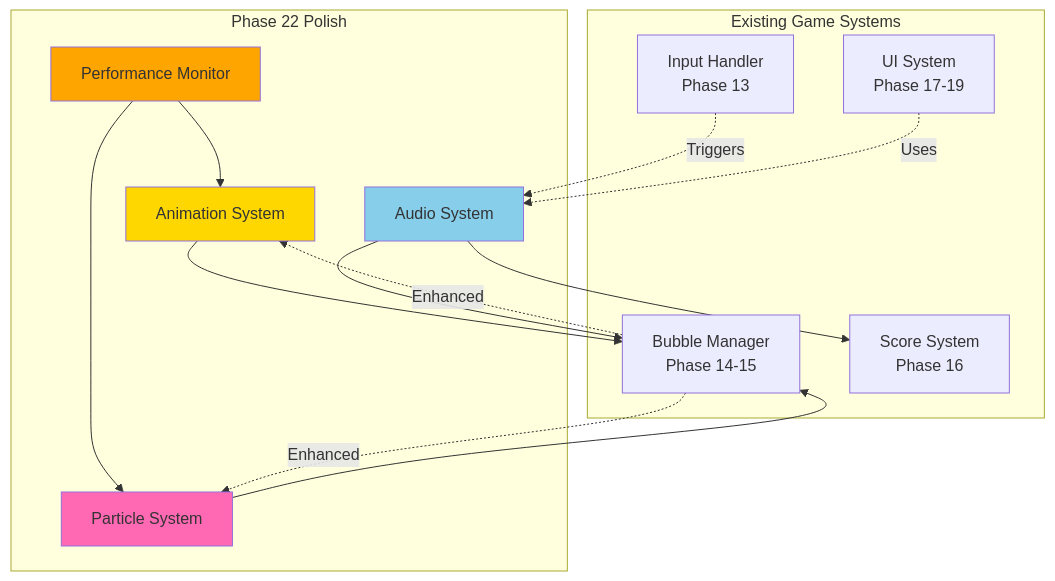
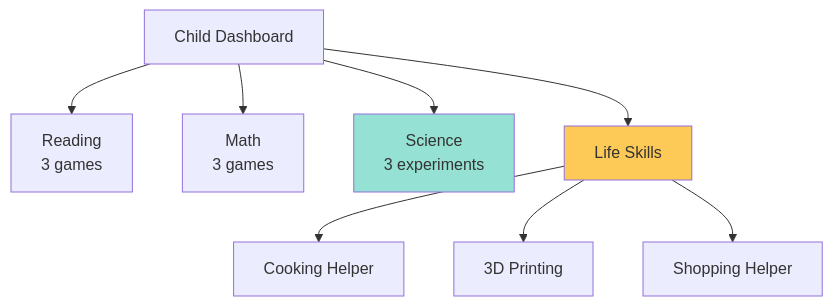
Before and after one commit to corey-rosamond/ADHDLearn.com: the third of 13 diagrams in .ai/phases/phase-22/UML.md, drawn with Mermaid. The commit also changed other lines of this file and 218 other files, not shown here.

````diff
--- a/.ai/phases/phase-22/UML.md
+++ b/.ai/phases/phase-22/UML.md
@@ -391,33 +44,14 @@
 ```mermaid
 graph TB
-    subgraph Phase 22 Polish
-        AnimSys[Animation System]
-        PartSys[Particle System]
-        AudioSys[Audio System]
-        PerfMon[Performance Monitor]
-    end
-
-    subgraph Existing Game Systems
-        BubbleMgr[Bubble Manager<br/>Phase 14-15]
-        ScoreSys[Score System<br/>Phase 16]
-        InputSys[Input Handler<br/>Phase 13]
-        UISys[UI System<br/>Phase 17-19]
-    end
-
-    AnimSys --> BubbleMgr
-    PartSys --> BubbleMgr
-    AudioSys --> BubbleMgr
-    AudioSys --> ScoreSys
-    PerfMon --> AnimSys
-    PerfMon --> PartSys
-
-    BubbleMgr -.->|Enhanced| AnimSys
-    BubbleMgr -.->|Enhanced| PartSys
-    InputSys -.->|Triggers| AudioSys
-    UISys -.->|Uses| AudioSys
-
-    style AnimSys fill:#FFD700
-    style PartSys fill:#FF69B4
-    style AudioSys fill:#87CEEB
-    style PerfMon fill:#FFA500
+    Dashboard[Child Dashboard] --> Reading[Reading<br/>3 games]
+    Dashboard --> Math[Math<br/>3 games]
+    Dashboard --> Science[Science<br/>3 experiments]
+    Dashboard --> LifeSkills[Life Skills]
+    
+    LifeSkills --> Cooking[Cooking Helper]
+    LifeSkills --> Printing[3D Printing]
+    LifeSkills --> Shopping[Shopping Helper]
+    
+    style Science fill:#95E1D3
+    style LifeSkills fill:#FECA57
 ```
````
